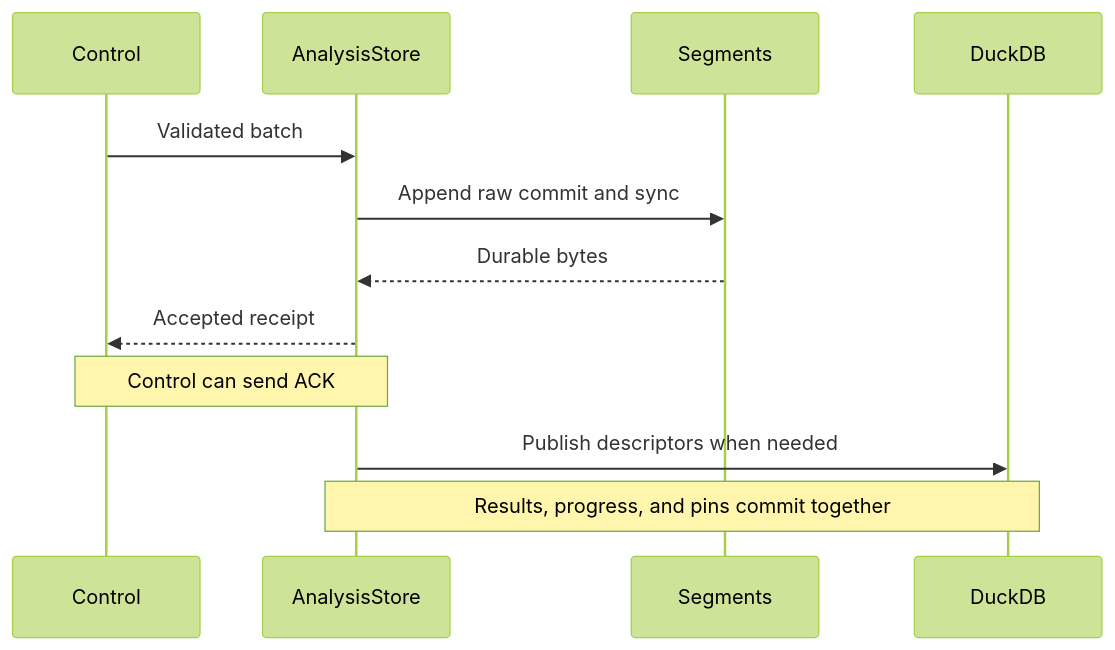
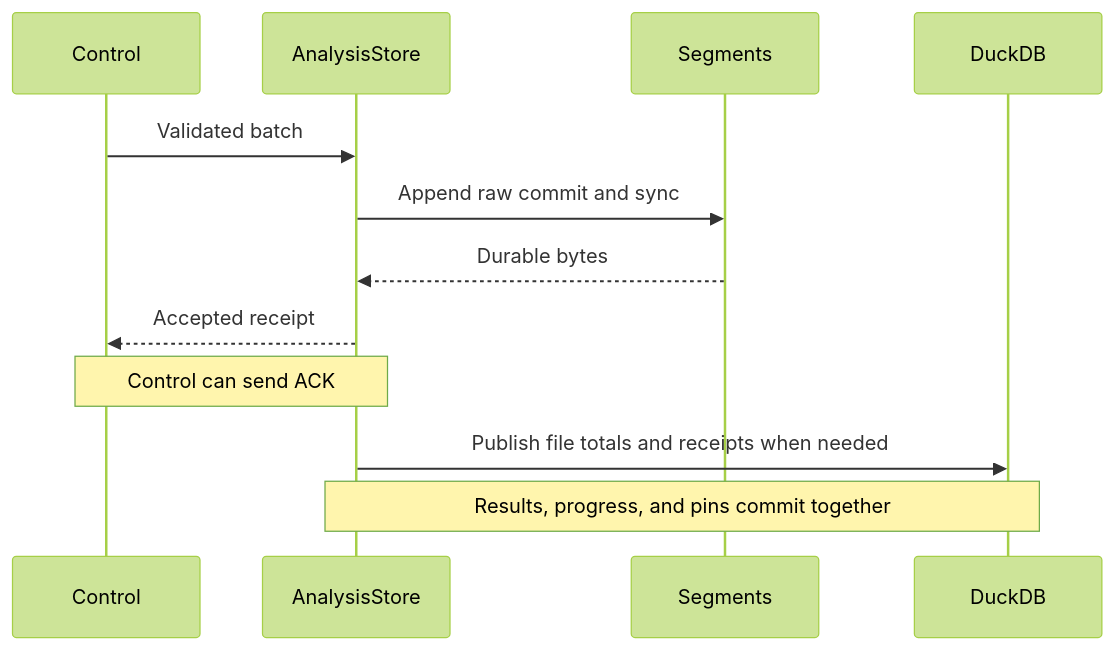
Before and after one commit to Ereborlabs/erebor-runtime: the first of 4 diagrams in docs/plans/mithril-hugging-face-intrusion-prevention/phase-7-mithril-control-and-detection-packages/implementation-review.md, drawn with Mermaid (forest theme). The commit also changed other lines of this file and 3 other files, not shown here.

````diff
--- a/docs/plans/mithril-hugging-face-intrusion-prevention/phase-7-mithril-control-and-detection-packages/implementation-review.md
+++ b/docs/plans/mithril-hugging-face-intrusion-prevention/phase-7-mithril-control-and-detection-packages/implementation-review.md
@@ -53,14 +54,14 @@
 ```mermaid
 sequenceDiagram
     participant C as Control
     participant A as AnalysisStore
     participant S as Segments
     participant D as DuckDB
     C->>A: Validated batch
     A->>S: Append raw commit and sync
     S-->>A: Durable bytes
     A-->>C: Accepted receipt
     Note over C,A: Control can send ACK
-    A->>D: Publish descriptors when needed
+    A->>D: Publish file totals and receipts when needed
     Note over A,D: Results, progress, and pins commit together
 ```
````
